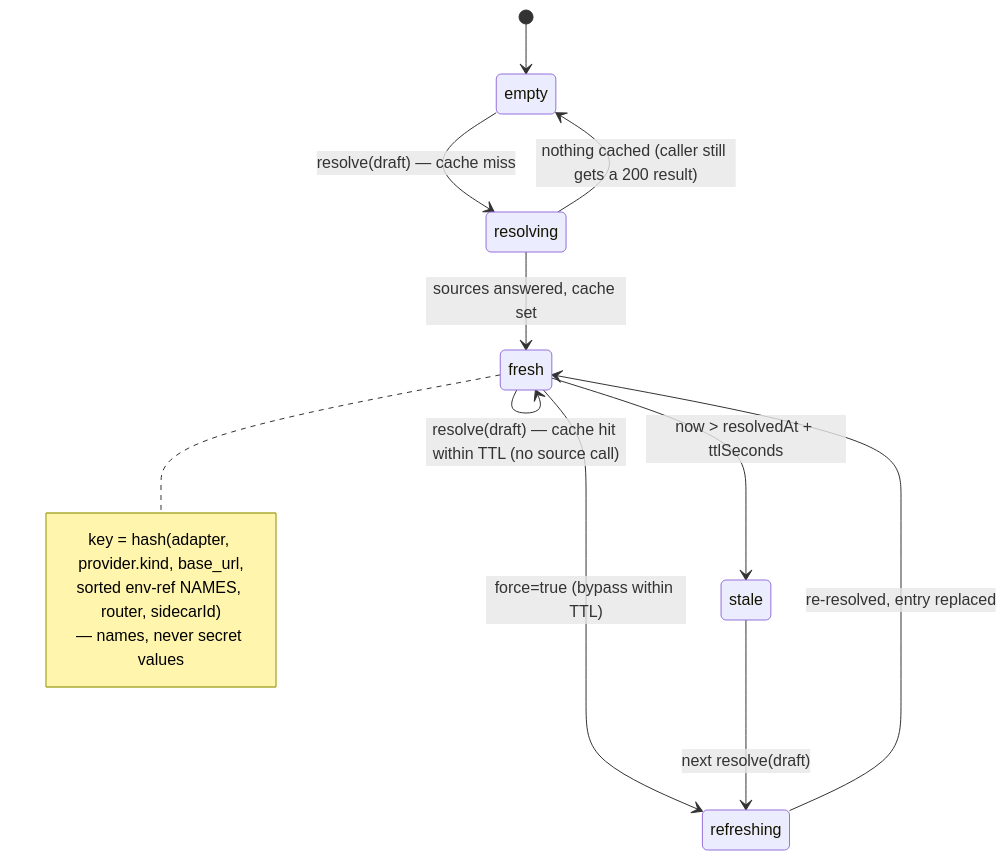
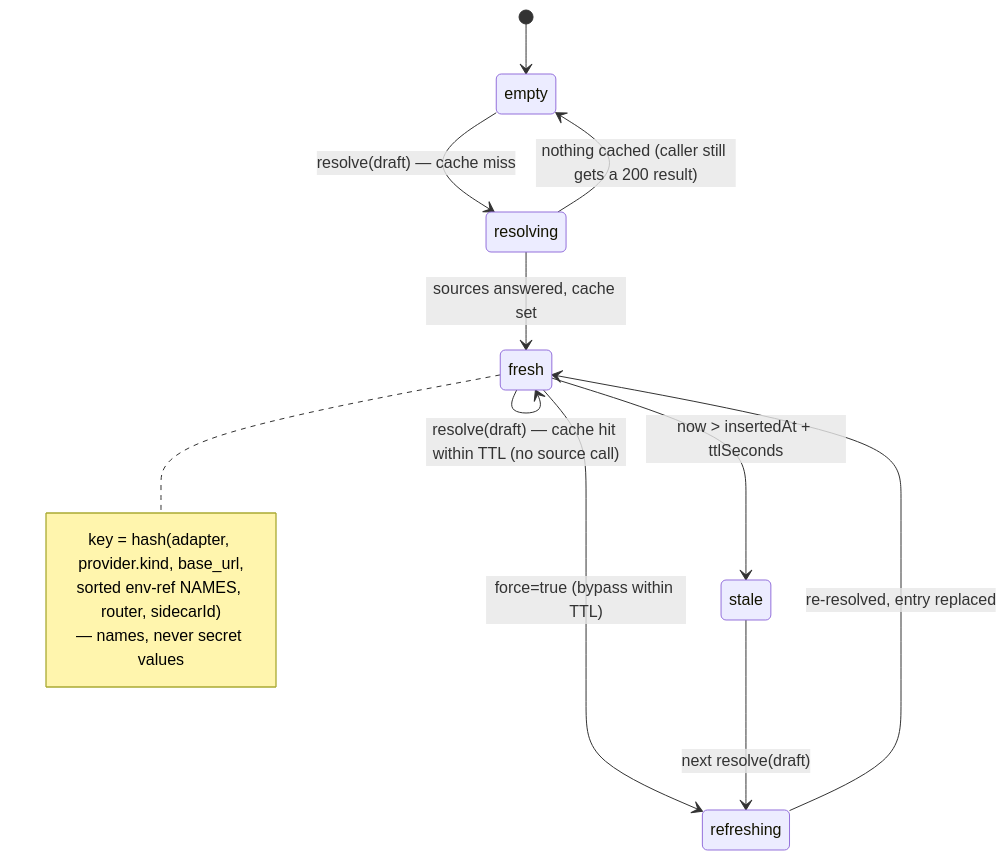
Before and after one commit to maister-dev/maister: the first of 5 diagrams in docs/system-analytics/model-catalog.md, drawn with Mermaid. The commit also changed other lines of this file and 40 other files, not shown here.

````diff
--- a/docs/system-analytics/model-catalog.md
+++ b/docs/system-analytics/model-catalog.md
@@ -64,17 +66,17 @@
 ```mermaid
 stateDiagram-v2
     [*] --> empty
     empty --> resolving: resolve(draft) — cache miss
     resolving --> fresh: sources answered, cache set
     resolving --> empty: nothing cached (caller still gets a 200 result)
     fresh --> fresh: resolve(draft) — cache hit within TTL (no source call)
     fresh --> refreshing: force=true (bypass within TTL)
-    fresh --> stale: now > resolvedAt + ttlSeconds
+    fresh --> stale: now > insertedAt + ttlSeconds
     stale --> refreshing: next resolve(draft)
     refreshing --> fresh: re-resolved, entry replaced
     note right of fresh
       key = hash(adapter, provider.kind, base_url,
       sorted env-ref NAMES, router, sidecarId)
       — names, never secret values
     end note
 ```
````
